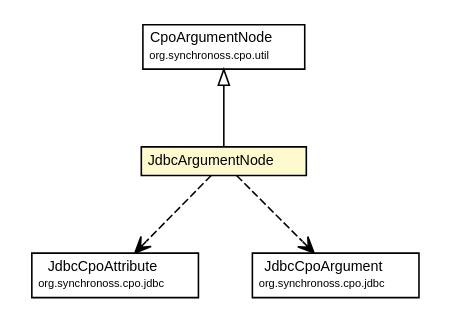
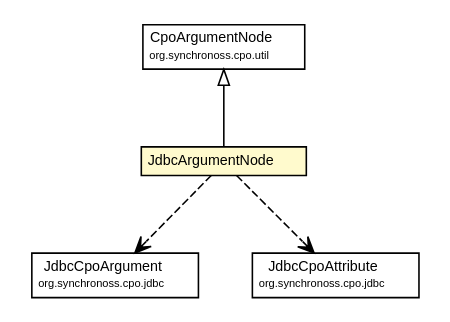
The diagram in site/apidocs/org/synchronoss/cpo/util/jdbc/JdbcArgumentNode.dot (synchronoss/cpo-util), drawn with Graphviz before and after one commit. The commit also changed 309 other files, not shown here.

Commit message:
Creating site for cpoUtil, 5.1.1-SNAPSHOT

```diff
--- a/site/apidocs/org/synchronoss/cpo/util/jdbc/JdbcArgumentNode.dot
+++ b/site/apidocs/org/synchronoss/cpo/util/jdbc/JdbcArgumentNode.dot
@@ -1,43 +1,43 @@
 #!/usr/local/bin/dot
 #
 # Class diagram 
 # Generated by UmlGraph version 4.6 (http://www.spinellis.gr/sw/umlgraph)
 #
 
 digraph G {
 	edge [fontname="Helvetica",fontsize=10,labelfontname="Helvetica",labelfontsize=10];
 	node [fontname="Helvetica",fontsize=10,shape=plaintext];
 	// org.synchronoss.cpo.util.CpoArgumentNode
 	c4143 [label=<<table border="0" cellborder="1" cellspacing="0" cellpadding="2" port="p" href="../CpoArgumentNode.html">
 		<tr><td><table border="0" cellspacing="0" cellpadding="1">
 			<tr><td> CpoArgumentNode </td></tr>
 			<tr><td><font point-size="7.0"> org.synchronoss.cpo.util </font></td></tr>
 		</table></td></tr>
 		</table>>, fontname="Helvetica", fontcolor="black", fontsize=9.0];
 	// org.synchronoss.cpo.util.jdbc.JdbcArgumentNode
 	c4158 [label=<<table border="0" cellborder="1" cellspacing="0" cellpadding="2" port="p" bgcolor="lemonChiffon" href="./JdbcArgumentNode.html">
 		<tr><td><table border="0" cellspacing="0" cellpadding="1">
 			<tr><td> JdbcArgumentNode </td></tr>
 		</table></td></tr>
 		</table>>, fontname="Helvetica", fontcolor="black", fontsize=9.0];
 	//org.synchronoss.cpo.util.jdbc.JdbcArgumentNode extends org.synchronoss.cpo.util.CpoArgumentNode
 	c4143:p -> c4158:p [dir=back,arrowtail=empty];
+	// org.synchronoss.cpo.util.jdbc.JdbcArgumentNode DEPEND org.synchronoss.cpo.jdbc.JdbcCpoArgument
+	c4158:p -> c4182:p [taillabel="", label="", headlabel="", fontname="Helvetica", fontcolor="black", fontsize=10.0, color="black", arrowhead=open, style=dashed];
 	// org.synchronoss.cpo.util.jdbc.JdbcArgumentNode DEPEND org.synchronoss.cpo.jdbc.JdbcCpoAttribute
-	c4158:p -> c4182:p [taillabel="", label="", headlabel="", fontname="Helvetica", fontcolor="black", fontsize=10.0, color="black", arrowhead=open, style=dashed];
-	// org.synchronoss.cpo.util.jdbc.JdbcArgumentNode DEPEND org.synchronoss.cpo.jdbc.JdbcCpoArgument
 	c4158:p -> c4183:p [taillabel="", label="", headlabel="", fontname="Helvetica", fontcolor="black", fontsize=10.0, color="black", arrowhead=open, style=dashed];
 	// org.synchronoss.cpo.jdbc.JdbcCpoArgument
-	c4183 [label=<<table border="0" cellborder="1" cellspacing="0" cellpadding="2" port="p" href="http://java.sun.com/j2se/1.4.2/docs/api/org/synchronoss/cpo/jdbc/JdbcCpoArgument.html">
+	c4182 [label=<<table border="0" cellborder="1" cellspacing="0" cellpadding="2" port="p" href="http://java.sun.com/j2se/1.4.2/docs/api/org/synchronoss/cpo/jdbc/JdbcCpoArgument.html">
 		<tr><td><table border="0" cellspacing="0" cellpadding="1">
 			<tr><td> JdbcCpoArgument </td></tr>
 			<tr><td><font point-size="7.0"> org.synchronoss.cpo.jdbc </font></td></tr>
 		</table></td></tr>
 		</table>>, fontname="Helvetica", fontcolor="black", fontsize=9.0];
 	// org.synchronoss.cpo.jdbc.JdbcCpoAttribute
-	c4182 [label=<<table border="0" cellborder="1" cellspacing="0" cellpadding="2" port="p" href="http://java.sun.com/j2se/1.4.2/docs/api/org/synchronoss/cpo/jdbc/JdbcCpoAttribute.html">
+	c4183 [label=<<table border="0" cellborder="1" cellspacing="0" cellpadding="2" port="p" href="http://java.sun.com/j2se/1.4.2/docs/api/org/synchronoss/cpo/jdbc/JdbcCpoAttribute.html">
 		<tr><td><table border="0" cellspacing="0" cellpadding="1">
 			<tr><td> JdbcCpoAttribute </td></tr>
 			<tr><td><font point-size="7.0"> org.synchronoss.cpo.jdbc </font></td></tr>
 		</table></td></tr>
 		</table>>, fontname="Helvetica", fontcolor="black", fontsize=9.0];
 }
```
